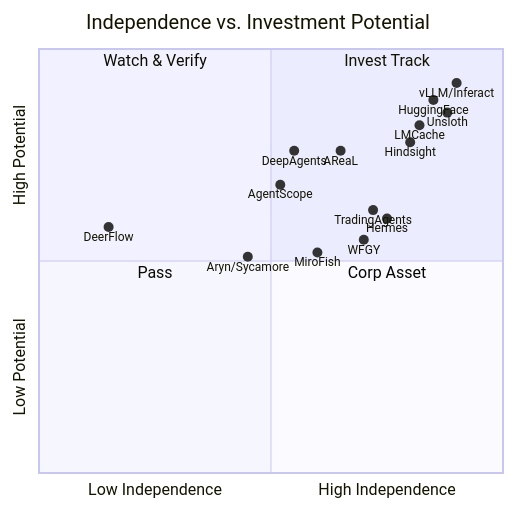
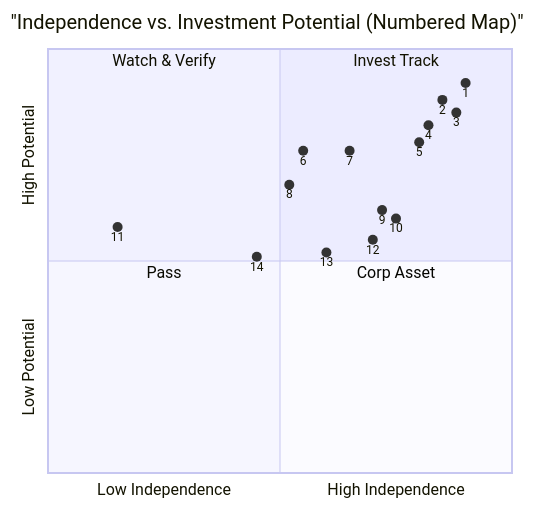
Before and after one commit to el09xccxy-stack/oss-investment-scorecard: the diagram in README.md, drawn with Mermaid. The commit also changed other lines of this file, not shown here.

Commit message:
docs: redesign charts for better clarity with many projects

````diff
--- a/README.md
+++ b/README.md
@@ -119,24 +130,24 @@
 ```mermaid
 quadrantChart
-    title Independence vs. Investment Potential
-    x-axis Low Independence --> High Independence
-    y-axis Low Potential --> High Potential
-    quadrant-1 Invest Track
-    quadrant-2 Watch & Verify
-    quadrant-3 Pass
-    quadrant-4 Corp Asset
-    vLLM/Inferact: [0.90, 0.92]
-    HuggingFace: [0.85, 0.88]
-    Unsloth: [0.88, 0.85]
-    LMCache: [0.82, 0.82]
-    Hindsight: [0.80, 0.78]
-    DeepAgents: [0.55, 0.76]
-    AReaL: [0.65, 0.76]
-    AgentScope: [0.52, 0.68]
-    TradingAgents: [0.72, 0.62]
-    Hermes: [0.75, 0.60]
-    DeerFlow: [0.15, 0.58]
-    WFGY: [0.70, 0.55]
-    MiroFish: [0.60, 0.52]
-    Aryn/Sycamore: [0.45, 0.51]
+    title "Independence vs. Investment Potential (Numbered Map)"
+    x-axis "Low Independence" --> "High Independence"
+    y-axis "Low Potential" --> "High Potential"
+    quadrant-1 "Invest Track"
+    quadrant-2 "Watch & Verify"
+    quadrant-3 "Pass"
+    quadrant-4 "Corp Asset"
+    "1": [0.90, 0.92]
+    "2": [0.85, 0.88]
+    "3": [0.88, 0.85]
+    "4": [0.82, 0.82]
+    "5": [0.80, 0.78]
+    "6": [0.55, 0.76]
+    "7": [0.65, 0.76]
+    "8": [0.52, 0.68]
+    "9": [0.72, 0.62]
+    "10": [0.75, 0.60]
+    "11": [0.15, 0.58]
+    "12": [0.70, 0.55]
+    "13": [0.60, 0.52]
+    "14": [0.45, 0.51]
 ```
````
